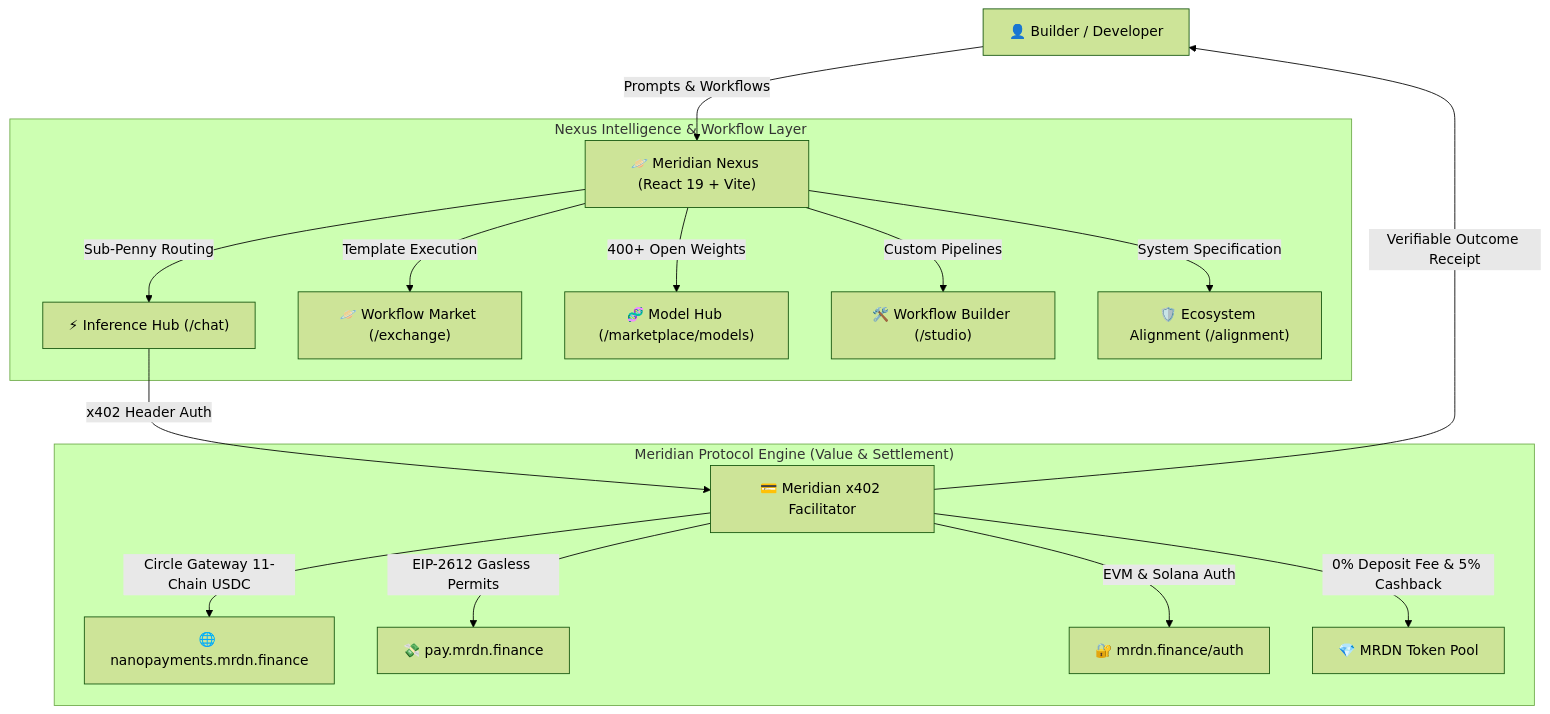
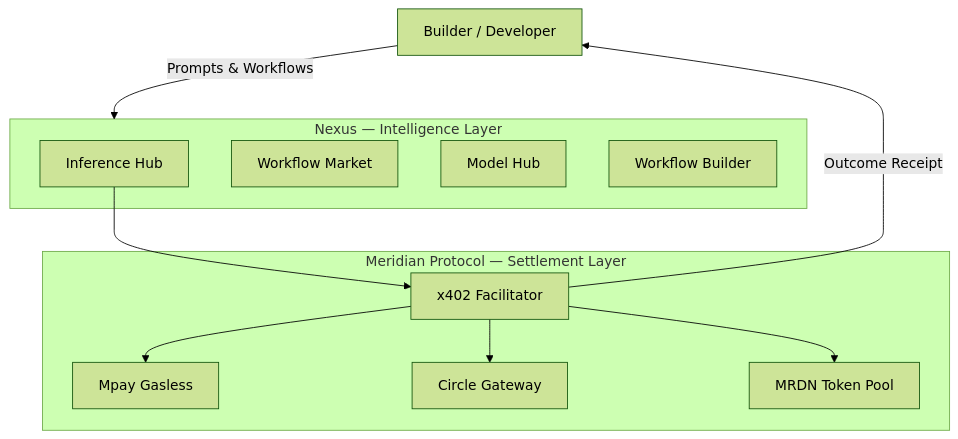
The diagram in README.md (johnparente97/M.NexusPhase1), drawn with Mermaid (forest theme) before and after one commit. The commit also changed other lines of this file, not shown here.

Commit message:
docs: restructure README with simplified architecture diagrams and streamlined feature highlights

````diff
--- a/README.md
+++ b/README.md
@@ -19,22 +29,24 @@
 ```mermaid
 graph TD
-    User["👤 Builder / Developer"] -->|Prompts & Workflows| NexusUI["🪐 Meridian Nexus (React 19 + Vite)"]
-    
-    subgraph "Nexus Intelligence & Workflow Layer"
-        NexusUI -->|Sub-Penny Routing| InfHub["⚡ Inference Hub (/chat)"]
-        NexusUI -->|Template Execution| WFMarket["🪐 Workflow Market (/exchange)"]
-        NexusUI -->|400+ Open Weights| ModelHub["🧬 Model Hub (/marketplace/models)"]
-        NexusUI -->|Custom Pipelines| Studio["🛠️ Workflow Builder (/studio)"]
-        NexusUI -->|System Specification| AlignPage["🛡️ Ecosystem Alignment (/alignment)"]
+    User["Builder / Developer"] -->|Prompts & Workflows| Nexus["Meridian Nexus"]
+
+    subgraph Nexus["Nexus — Intelligence Layer"]
+        InfHub["Inference Hub"]
+        WFMarket["Workflow Market"]
+        ModelHub["Model Hub"]
+        Studio["Workflow Builder"]
     end
 
-    subgraph "Meridian Protocol Engine (Value & Settlement)"
-        InfHub -->|x402 Header Auth| x402Gate["💳 Meridian x402 Facilitator"]
-        x402Gate -->|Circle Gateway 11-Chain USDC| Nanopayments["🌐 nanopayments.mrdn.finance"]
-        x402Gate -->|EIP-2612 Gasless Permits| Mpay["💸 pay.mrdn.finance"]
-        x402Gate -->|EVM & Solana Auth| CmdCentre["🔐 mrdn.finance/auth"]
-        x402Gate -->|0% Deposit Fee & 5% Cashback| MRDNToken["💎 MRDN Token Pool"]
+    subgraph Protocol["Meridian Protocol — Settlement Layer"]
+        x402["x402 Facilitator"]
+        Mpay["Mpay Gasless"]
+        Gateway["Circle Gateway"]
+        Token["MRDN Token Pool"]
     end
 
-    x402Gate -->|Verifiable Outcome Receipt| User
+    InfHub --> x402
+    x402 --> Mpay
+    x402 --> Gateway
+    x402 --> Token
+    x402 -->|Outcome Receipt| User
 ```
````
